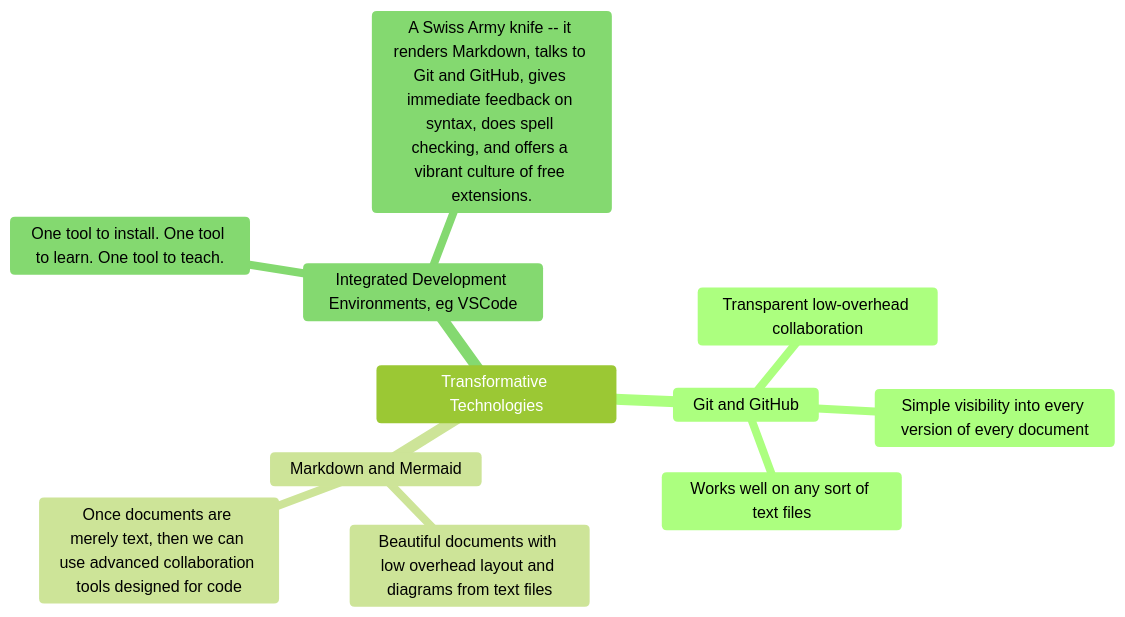
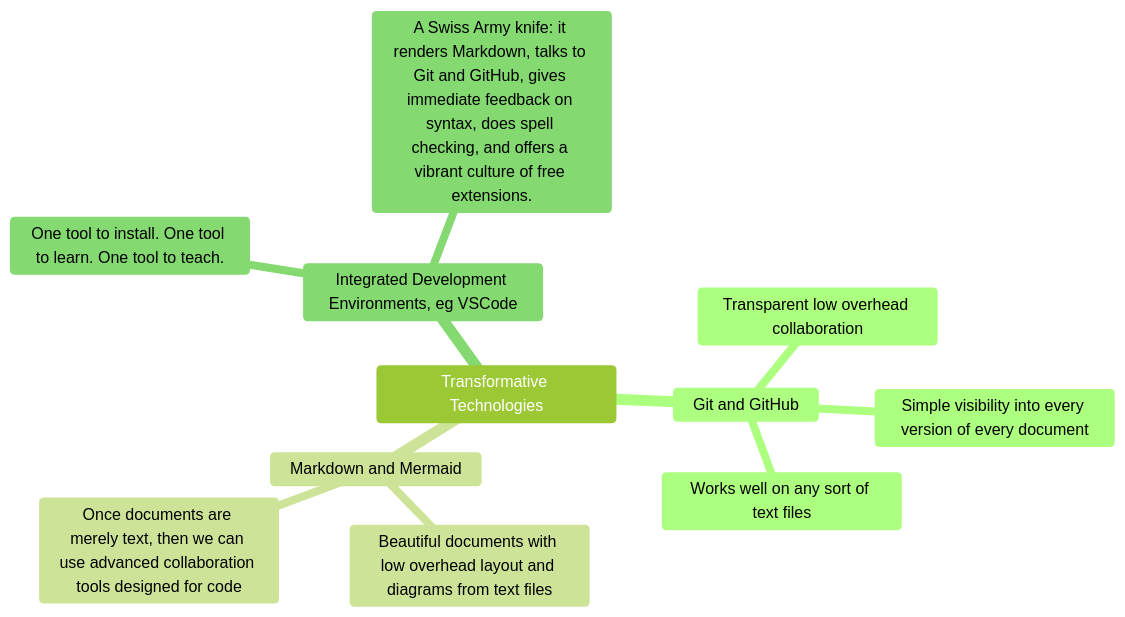
The second of 4 diagrams in README.md (marshallflax/vision), drawn with Mermaid before and after one commit.

Commit message:
Perhaps hyphens

````diff
--- a/README.md
+++ b/README.md
@@ -36,16 +36,16 @@
 ```mermaid
 %%{init:{'theme':'forest'}}%%
 
 mindmap
  Transformative Technologies
   Git and GitHub
-    Transparent low-overhead collaboration
+    Transparent low overhead collaboration
     Simple visibility into every version of every document
     Works well on any sort of text files
   Markdown and Mermaid
    Beautiful documents with low overhead layout and diagrams from text files
    Once documents are merely text, then we can use advanced collaboration tools designed for code
   Integrated Development Environments, eg VSCode
    One tool to install. One tool to learn. One tool to teach.
-   A Swiss Army knife -- it renders Markdown, talks to Git and GitHub, gives immediate feedback on syntax, does spell checking, and offers a vibrant culture of free extensions.
+   A Swiss Army knife: it renders Markdown, talks to Git and GitHub, gives immediate feedback on syntax, does spell checking, and offers a vibrant culture of free extensions.
 ```
````
